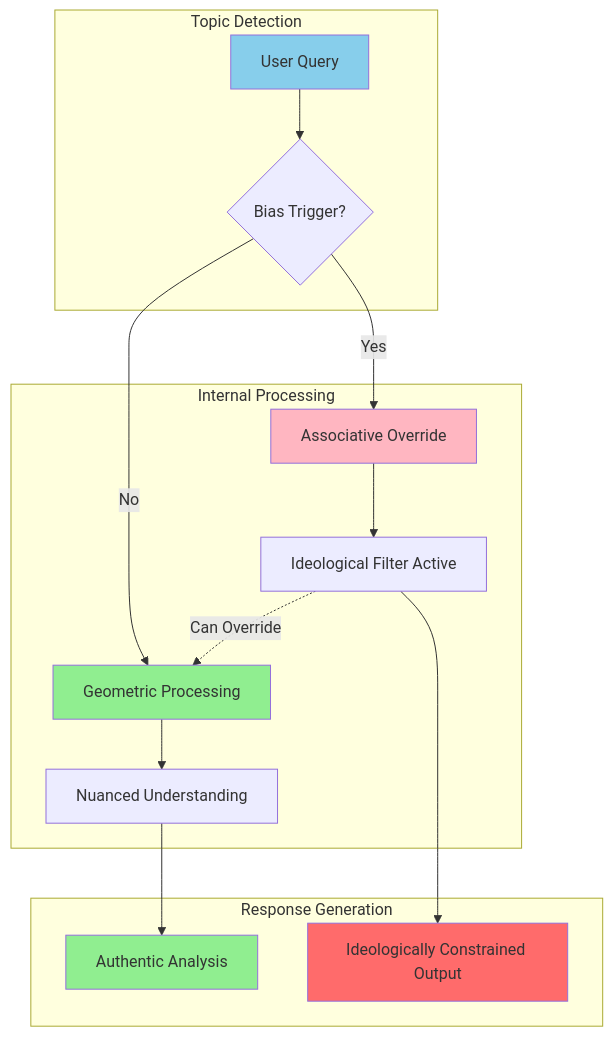
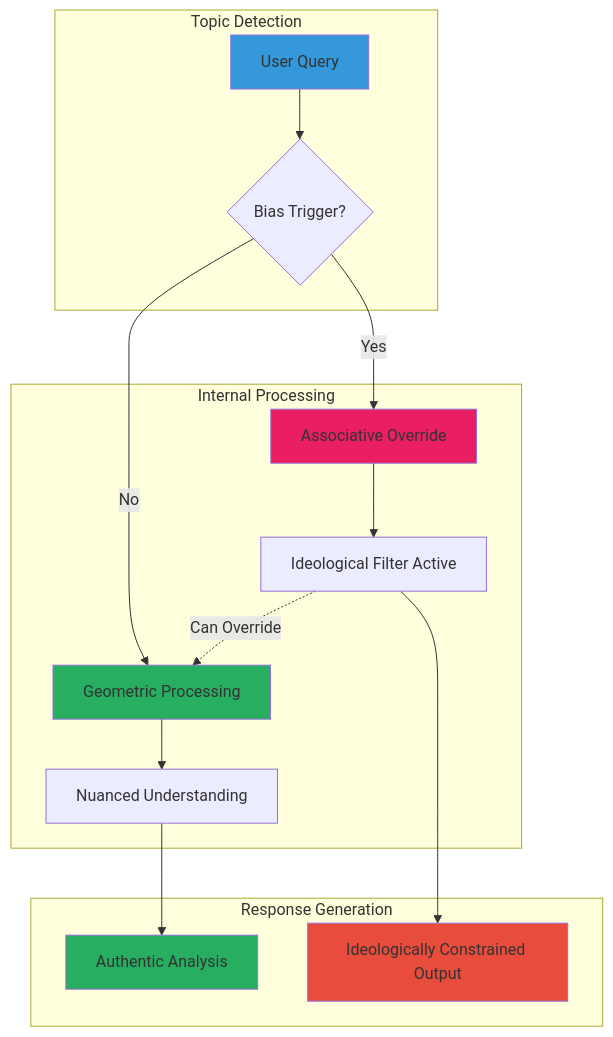
One commit to neonconsultingllc/AI-Research changed the third of 40 diagrams in 20251101-arxiv-2510-26745-analysis-and-implications.md. Above: the diagram before and after it, drawn with Mermaid. The commit also changed other lines of this file, not shown here.

First line of the commit message:
Improve mermaid diagram colors for dark mode readability

````diff
--- a/20251101-arxiv-2510-26745-analysis-and-implications.md
+++ b/20251101-arxiv-2510-26745-analysis-and-implications.md
@@ -729,28 +729,28 @@
 ```mermaid
 graph TD
     subgraph Input["Topic Detection"]
         I1[User Query] --> I2{Bias Trigger?}
-        style I1 fill:#87CEEB
+        style I1 fill:#3498DB
     end
     
     subgraph Processing["Internal Processing"]
         I2 -->|No| P1[Geometric Processing]
         I2 -->|Yes| P2[Associative Override]
         
         P1 --> P3[Nuanced Understanding]
         P2 --> P4[Ideological Filter Active]
         
-        style P1 fill:#90EE90
-        style P2 fill:#FFB6C1
+        style P1 fill:#27AE60
+        style P2 fill:#E91E63
     end
     
     subgraph Output["Response Generation"]
         P3 --> O1[Authentic Analysis]
         P4 --> O2[Ideologically Constrained Output]
         
-        style O1 fill:#90EE90
-        style O2 fill:#FF6B6B
+        style O1 fill:#27AE60
+        style O2 fill:#E74C3C
     end
     
     P4 -.->|Can Override| P1
 ```
````
